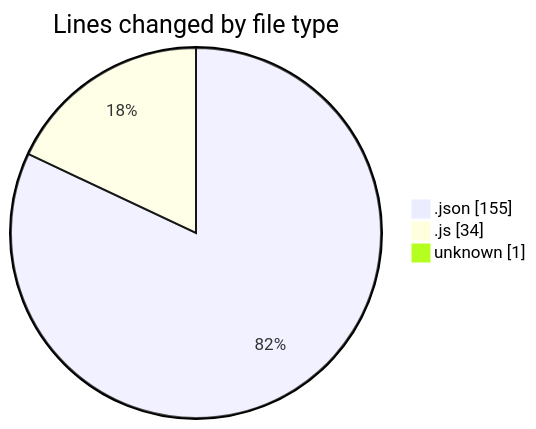
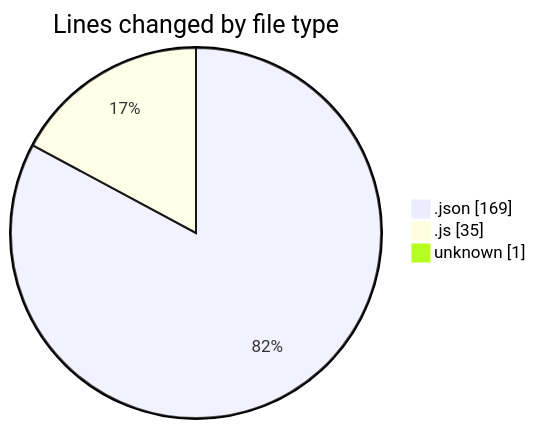
The first of 2 diagrams in 2025-03-09/fakeme/README.md (Elitesun/code-tracking), drawn with Mermaid before and after one commit. The commit also changed other lines of this file and 1 other file, not shown here.

````diff
--- a/2025-03-09/fakeme/README.md
+++ b/2025-03-09/fakeme/README.md
@@ -24,7 +24,7 @@
 ```mermaid
 pie showData
 title Lines changed by file type
-".json" : 155
-".js" : 34
+".json" : 169
+".js" : 35
 "unknown" : 1
 ```
````
